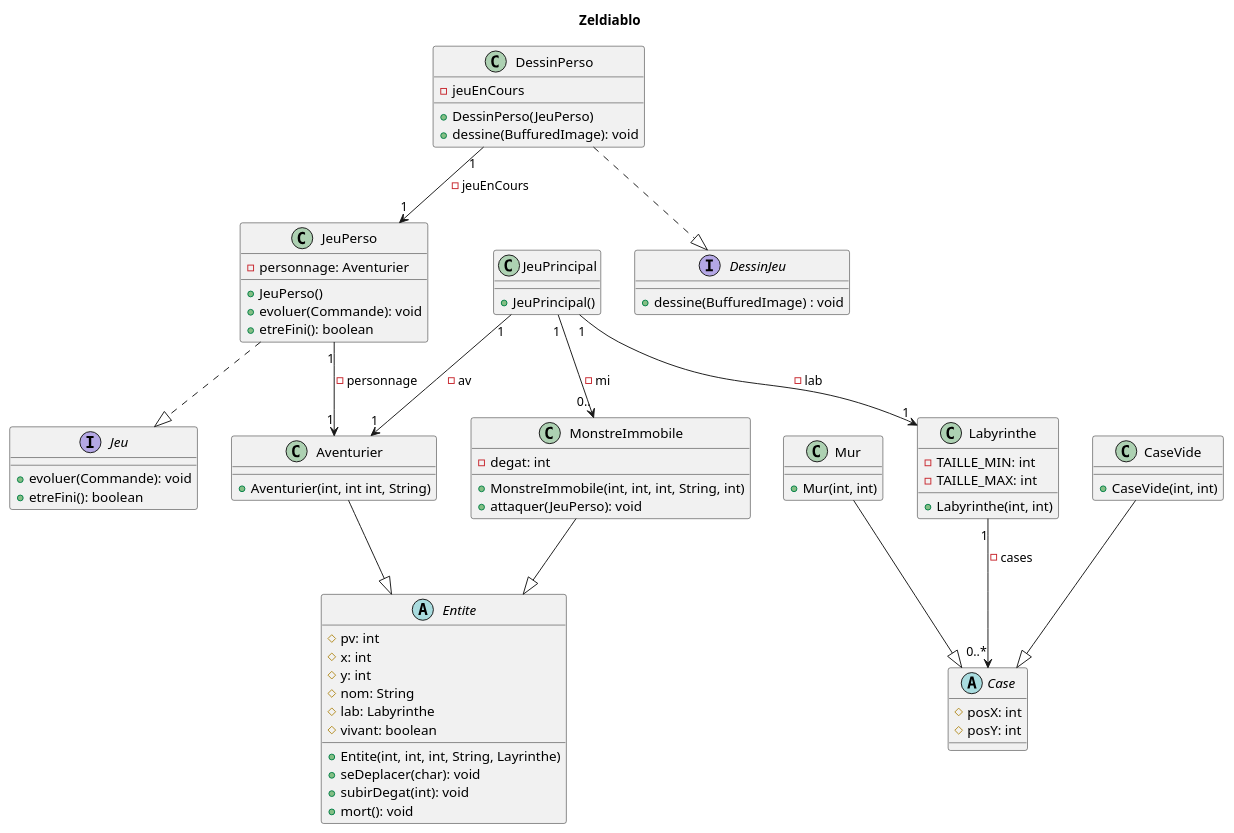
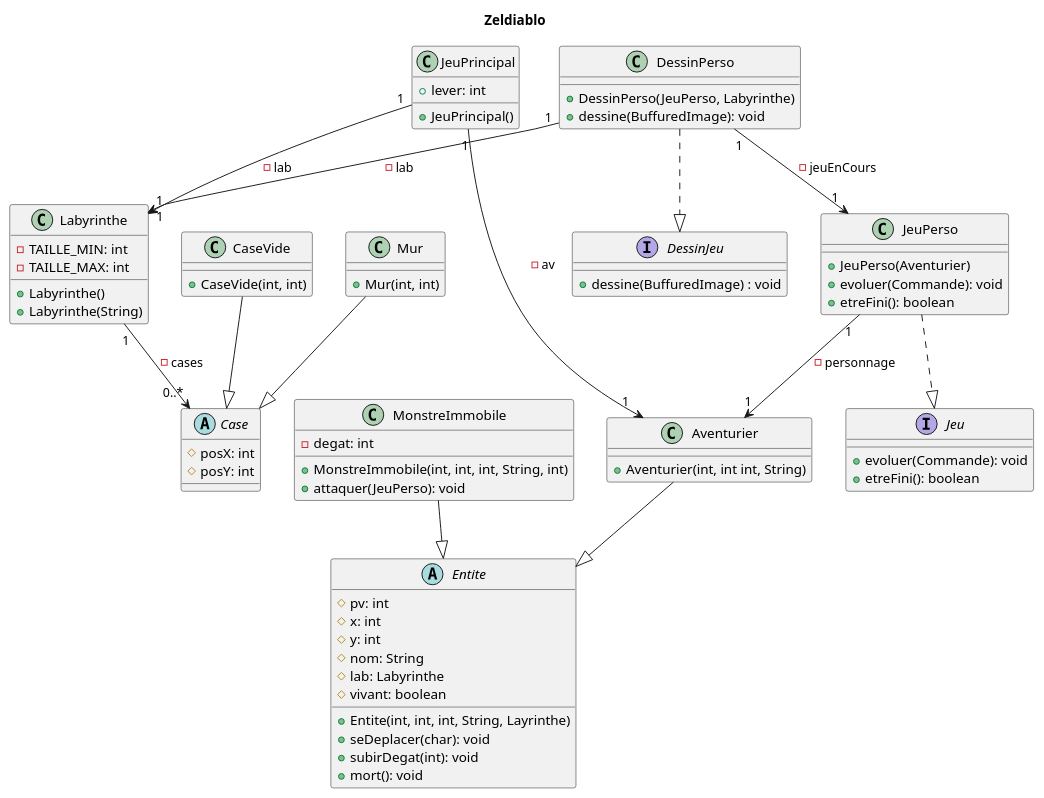
The diagram in documents/version_03/diagramme_class/diagrammeV3.wsd (LoickNosal/2019_COO_Zeldiablo_Nosal9u_Demang146u_Sousa12u_Gsell5u), drawn with PlantUML before and after one commit.

Commit message:
Modif diagramme de classe

```diff
--- a/documents/version_03/diagramme_class/diagrammeV3.wsd
+++ b/documents/version_03/diagramme_class/diagrammeV3.wsd
@@ -2,88 +2,88 @@
 @startuml 
 title Zeldiablo
 
 interface Jeu {
     +evoluer(Commande): void
     +etreFini(): boolean
 }
 
 class JeuPrincipal {
+    +lever: int
     +JeuPrincipal()
 }
 
 class JeuPerso {
-    -personnage: Aventurier
-    +JeuPerso()
+    +JeuPerso(Aventurier)
     +evoluer(Commande): void
     +etreFini(): boolean
 }
 
 interface DessinJeu {
     +dessine(BuffuredImage) : void
 }
 
 class DessinPerso {
-    -jeuEnCours
-    +DessinPerso(JeuPerso)
+    +DessinPerso(JeuPerso, Labyrinthe)
     +dessine(BuffuredImage): void
 }
 
 class Labyrinthe {
     -TAILLE_MIN: int
     -TAILLE_MAX: int
-    +Labyrinthe(int, int)
+    +Labyrinthe()
+    +Labyrinthe(String)
 }
 
 class MonstreImmobile {
     -degat: int
 
     +MonstreImmobile(int, int, int, String, int)
     +attaquer(JeuPerso): void
 }
 
 abstract Case {
     #posX: int
     #posY: int
 }
 
 class CaseVide {
     +CaseVide(int, int)
 }
 
 class Mur {
     +Mur(int, int)
 }
 
 abstract Entite {
     #pv: int
     #x: int
     #y: int
     #nom: String
     #lab: Labyrinthe
     #vivant: boolean
 
     +Entite(int, int, int, String, Layrinthe)
     +seDeplacer(char): void
     +subirDegat(int): void
     +mort(): void
 }
 
 class Aventurier {
     +Aventurier(int, int int, String)
 }
 
+DessinPerso "1" --> "1" Labyrinthe : -lab
 JeuPrincipal "1" --> "1" Labyrinthe : -lab
 JeuPrincipal "1" --> "1" Aventurier : -av
-JeuPrincipal "1" --> "0.." MonstreImmobile : -mi
 JeuPerso "1" --> "1" Aventurier : -personnage
 DessinPerso "1" --> "1" JeuPerso : -jeuEnCours
 Labyrinthe "1" --> "0..*" Case : -cases
 
 JeuPerso ..|> Jeu
 DessinPerso ..|> DessinJeu
 CaseVide --|> Case
 Mur --|> Case
 Aventurier --|> Entite
 MonstreImmobile --|> Entite
 
 @enduml
```
